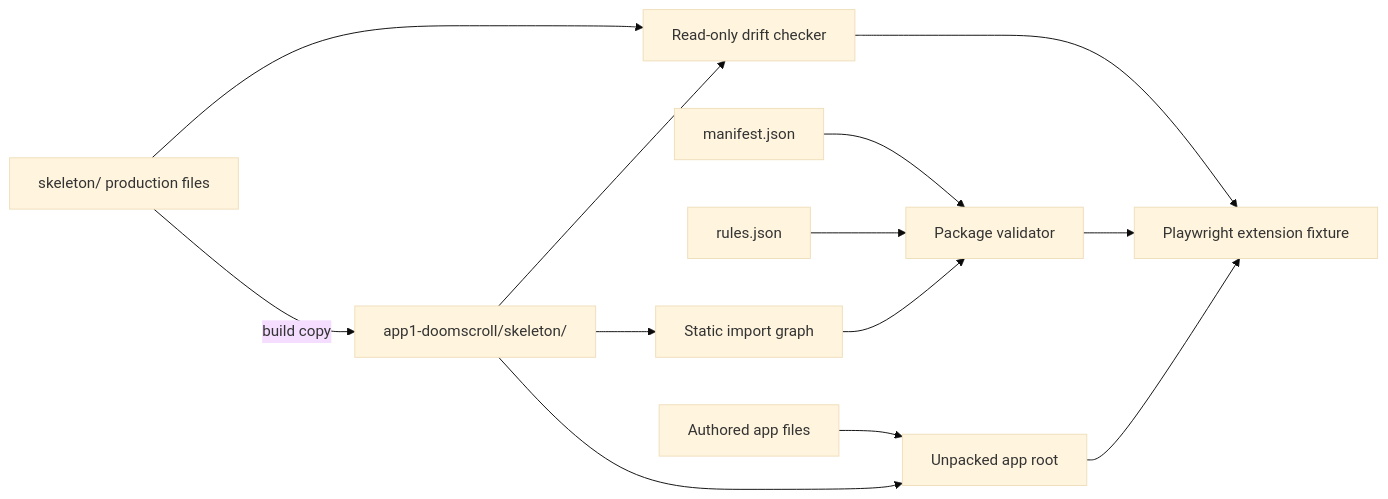
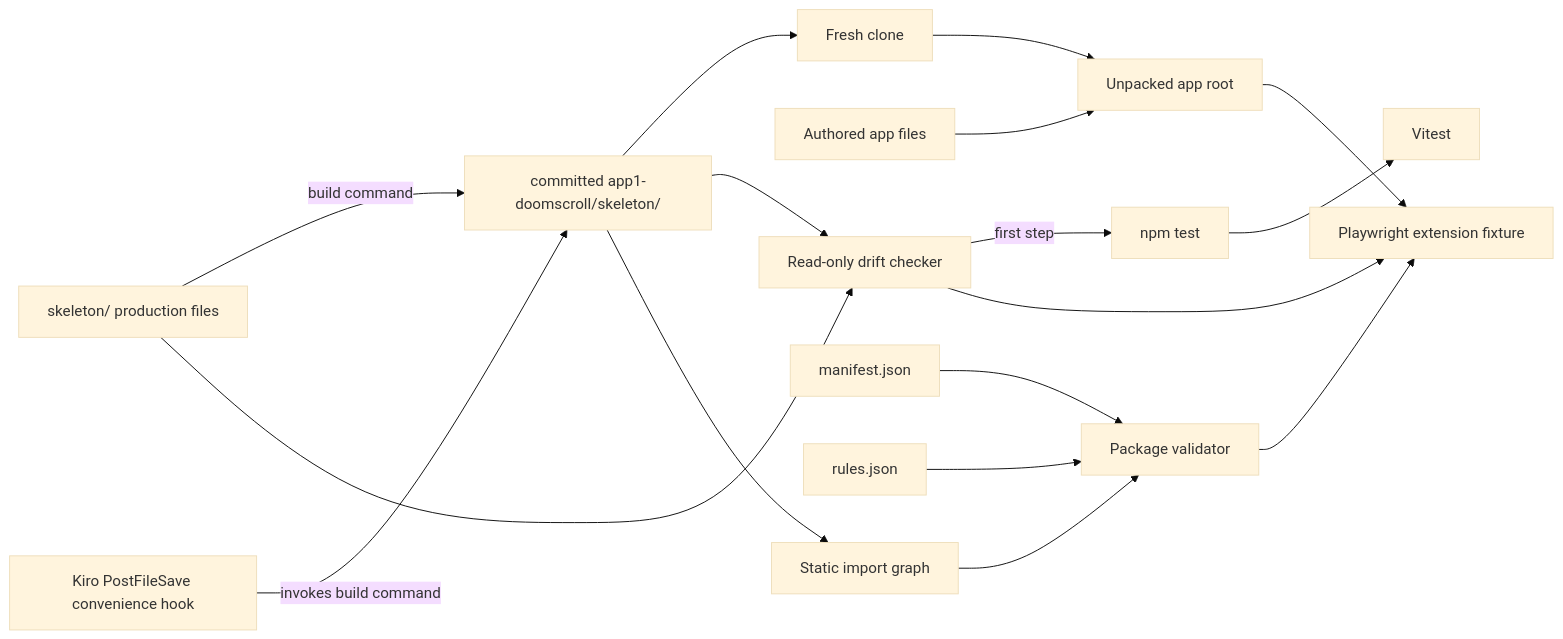
One commit to lirenneedhelp/poltergeist changed the second of 4 diagrams in .kiro/specs/doomscroll-app/design.md. Above: the diagram before and after it, drawn with Mermaid (base theme). The commit also changed other lines of this file and 2 other files, not shown here.

Commit message:
Spec: revise doomscroll-app (committed mirror, root-scoped rot observer, Kiro build hook)

````diff
--- a/.kiro/specs/doomscroll-app/design.md
+++ b/.kiro/specs/doomscroll-app/design.md
@@ -125,15 +131,19 @@
 ```mermaid
 flowchart LR
-    SRC[skeleton/ production files] -->|build copy| GEN[app1-doomscroll/skeleton/]
+    SRC[skeleton/ production files] -->|build command| GEN[committed app1-doomscroll/skeleton/]
+    HOOK[Kiro PostFileSave convenience hook] -->|invokes build command| GEN
+    GEN --> GIT[Fresh clone]
     APP[Authored app files] --> PKG[Unpacked app root]
-    GEN --> PKG
+    GIT --> PKG
     SRC --> CHECK[Read-only drift checker]
     GEN --> CHECK
+    CHECK -->|first step| NPMTEST[npm test]
+    NPMTEST --> VITEST[Vitest]
     MAN[manifest.json] --> VALIDATE[Package validator]
     RULES[rules.json] --> VALIDATE
     GEN --> GRAPH[Static import graph]
     GRAPH --> VALIDATE
     CHECK --> PW[Playwright extension fixture]
     VALIDATE --> PW
     PKG --> PW
 ```
````
